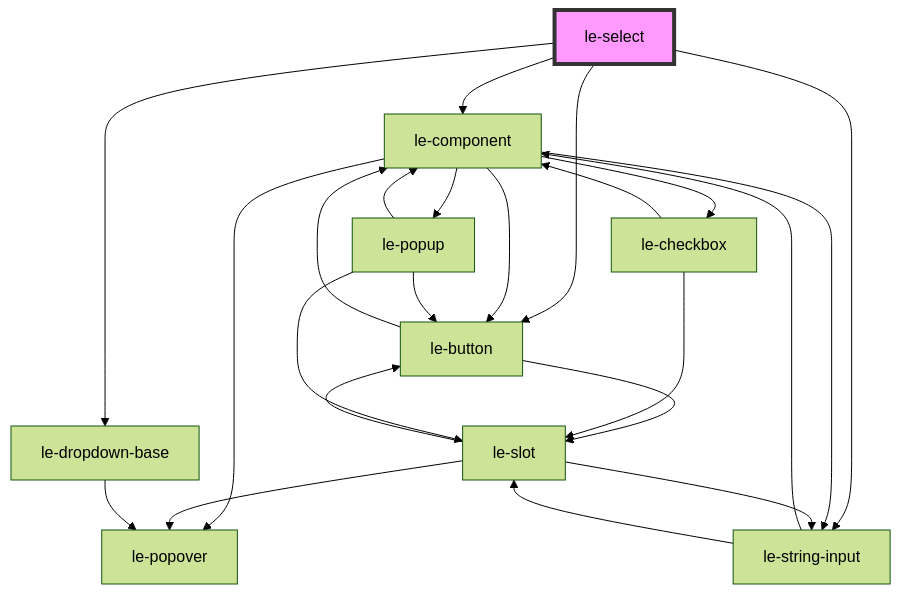
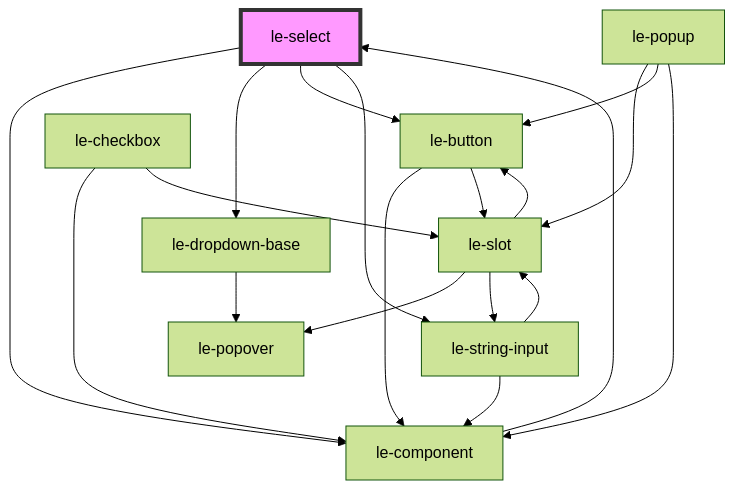
One commit to leechy/le-kit changed the diagram in src/components/le-select/readme.md. Above: the diagram before and after it, drawn with Mermaid (forest theme). The commit also changed other lines of this file and 25 other files, not shown here.

Commit message:
Fix for the <le-popover> to have nested popovers (like <le-select>

````diff
--- a/src/components/le-select/readme.md
+++ b/src/components/le-select/readme.md
@@ -72,26 +76,22 @@
 ```mermaid
 graph TD;
   le-select --> le-component
   le-select --> le-dropdown-base
   le-select --> le-button
   le-select --> le-string-input
-  le-component --> le-button
-  le-component --> le-checkbox
-  le-component --> le-string-input
-  le-component --> le-popover
-  le-component --> le-popup
+  le-component --> le-select
   le-button --> le-component
   le-button --> le-slot
   le-slot --> le-popover
   le-slot --> le-button
   le-slot --> le-string-input
   le-string-input --> le-component
   le-string-input --> le-slot
   le-checkbox --> le-component
   le-checkbox --> le-slot
   le-popup --> le-slot
   le-popup --> le-button
   le-popup --> le-component
   le-dropdown-base --> le-popover
   style le-select fill:#f9f,stroke:#333,stroke-width:4px
 ```
````
